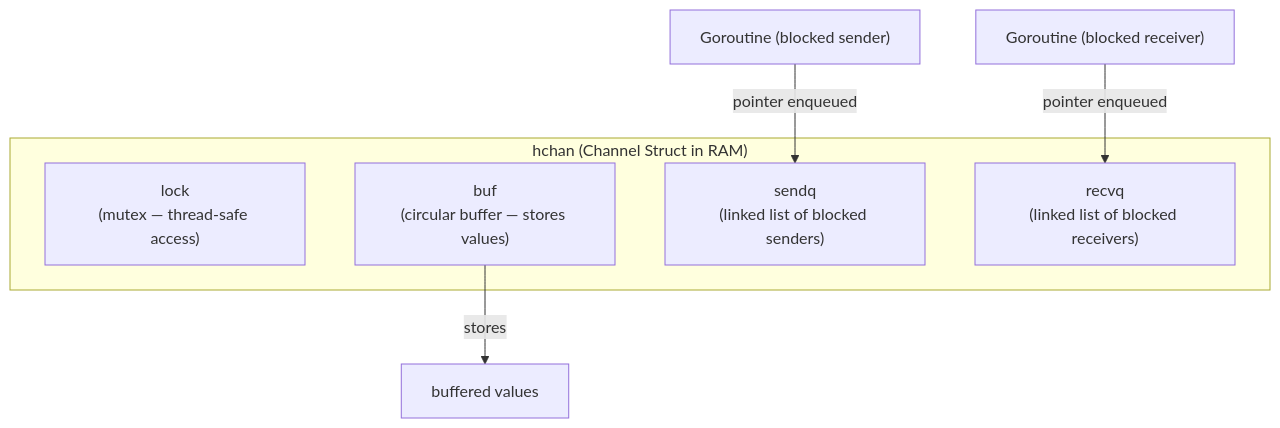
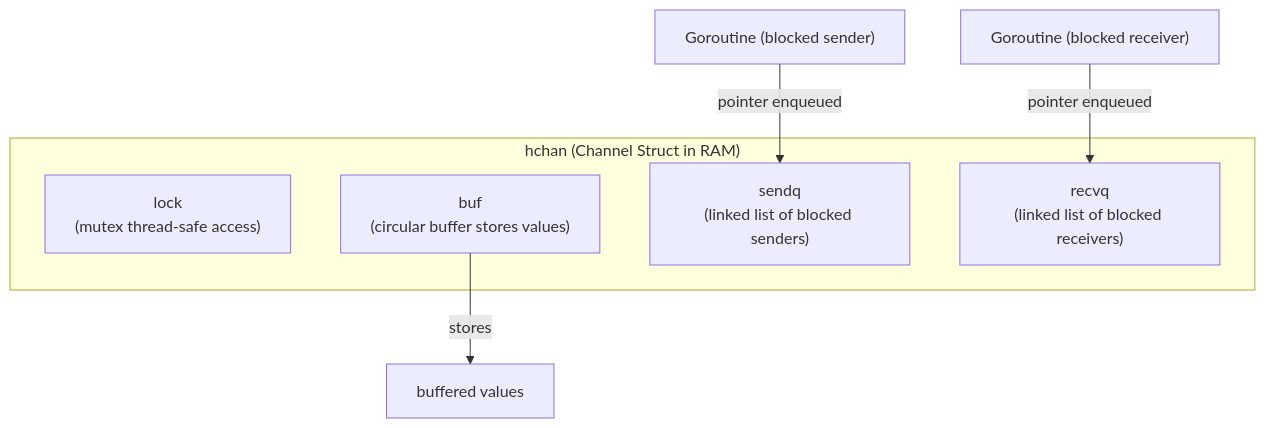
Before and after one commit to Chandra179/atlas: the third of 3 diagrams in golang/goroutine.md, drawn with Mermaid. The commit also changed other lines of this file and 90 other files, not shown here.

````diff
--- a/golang/goroutine.md
+++ b/golang/goroutine.md
@@ -141,13 +141,13 @@
 ```mermaid
 graph TB
-    subgraph hchan["hchan (Channel Struct in RAM)"]
-        LOCK["lock<br/>(mutex — thread-safe access)"]
-        BUF["buf<br/>(circular buffer — stores values)"]
-        SENDQ["sendq<br/>(linked list of blocked senders)"]
-        RECVQ["recvq<br/>(linked list of blocked receivers)"]
-    end
+ subgraph hchan["hchan (Channel Struct in RAM)"]
+ LOCK["lock<br/>(mutex thread-safe access)"]
+ BUF["buf<br/>(circular buffer stores values)"]
+ SENDQ["sendq<br/>(linked list of blocked senders)"]
+ RECVQ["recvq<br/>(linked list of blocked receivers)"]
+ end
 
-    G_SENDER["Goroutine (blocked sender)"] -->|pointer enqueued| SENDQ
-    G_RECEIVER["Goroutine (blocked receiver)"] -->|pointer enqueued| RECVQ
-    BUF -->|"stores"| DATA["buffered values"]
+ G_SENDER["Goroutine (blocked sender)"] -->|pointer enqueued| SENDQ
+ G_RECEIVER["Goroutine (blocked receiver)"] -->|pointer enqueued| RECVQ
+ BUF -->|"stores"| DATA["buffered values"]
 ```
````
